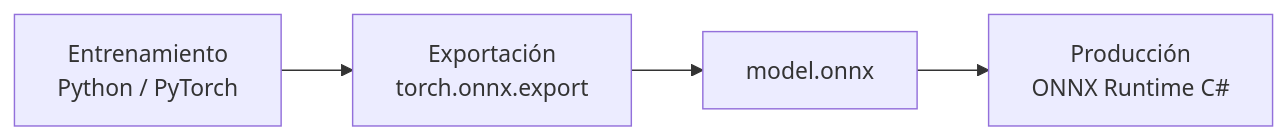
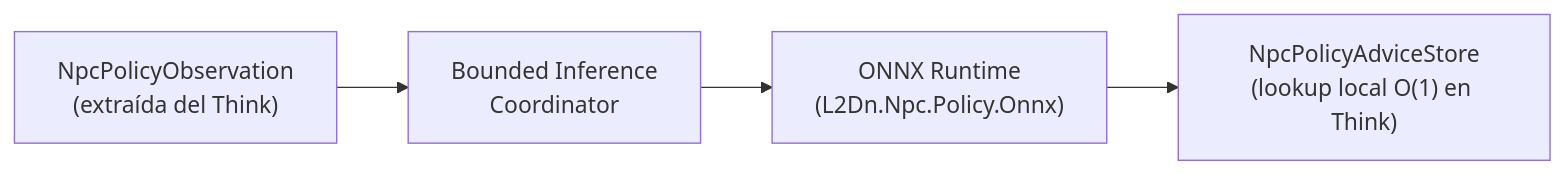
One commit to Oravlalesco/l2dn-server changed the third of 4 diagrams in L2Dn/Documentation/Architecture/Roadmap/00_Roadmap_Maestro.md. Above: the diagram before and after it, drawn with Mermaid. The commit also changed other lines of this file and 18 other files, not shown here.

Commit message:
docs(npc-ai): refine roadmap, add ADR-015/016, and subphases 4D.5, 4FA/B, 4IA/B

````diff
--- a/L2Dn/Documentation/Architecture/Roadmap/00_Roadmap_Maestro.md
+++ b/L2Dn/Documentation/Architecture/Roadmap/00_Roadmap_Maestro.md
@@ -190,6 +112,6 @@
 ```mermaid
 flowchart LR
-    TRAIN["Entrenamiento\nPython / PyTorch"] --> EXPORT["Exportación\ntorch.onnx.export"]
-    EXPORT --> ONNX["model.onnx"]
-    ONNX --> PROD["Producción\nONNX Runtime C#"]
+    OBS["NpcPolicyObservation\n(extraída del Think)"] --> COORD["Bounded Inference\nCoordinator"]
+    COORD --> ONNX["ONNX Runtime\n(L2Dn.Npc.Policy.Onnx)"]
+    ONNX --> STORE["NpcPolicyAdviceStore\n(lookup local O(1) en Think)"]
 ```
````
